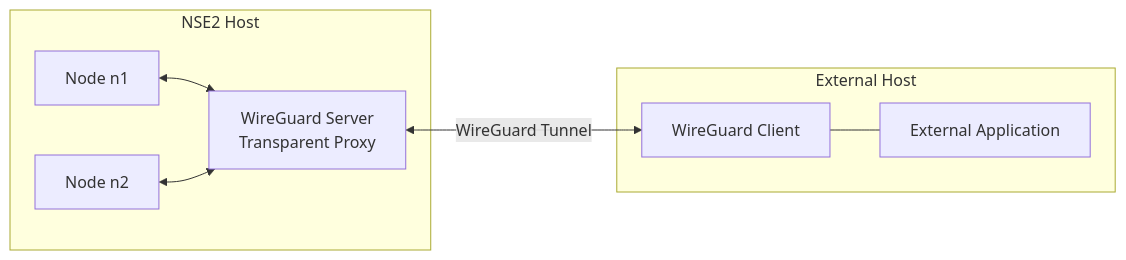
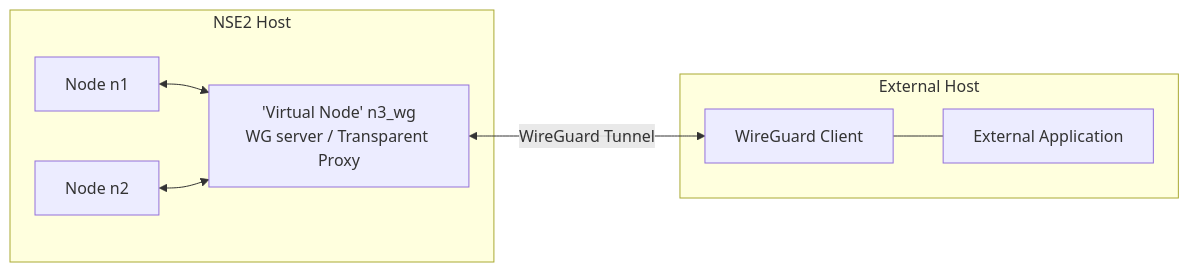
Before and after one commit to esa/nse2: the diagram in scenarios/wireguard/README.md, drawn with Mermaid. The commit also changed other lines of this file and 1 other file, not shown here.

Commit message:
docs(wg): improve README, rename wg-server to n3_wg

````diff
--- a/scenarios/wireguard/README.md
+++ b/scenarios/wireguard/README.md
@@ -11,19 +11,19 @@
 ```mermaid
 flowchart LR
     subgraph NSE2["NSE2 Host"]
         n1["Node n1"]
         n2["Node n2"]
-        server["WireGuard Server<br/>Transparent Proxy"]
+        server["'Virtual Node' n3_wg<br/>WG server / Transparent Proxy"]
 
         n1 <--> server
         n2 <--> server
     end
 
     subgraph External["External Host"]
         client["WireGuard Client"]
         app["External Application"]
         client --- app
     end
 
     server <-->|"WireGuard Tunnel"| client
 ```
````
